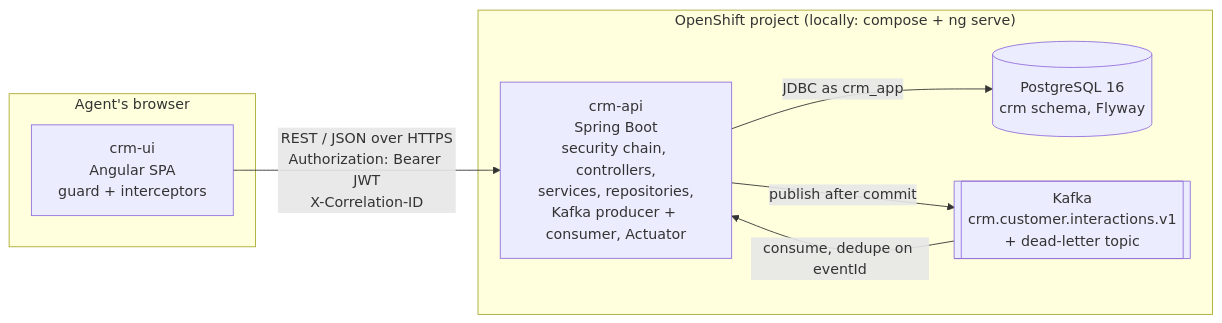
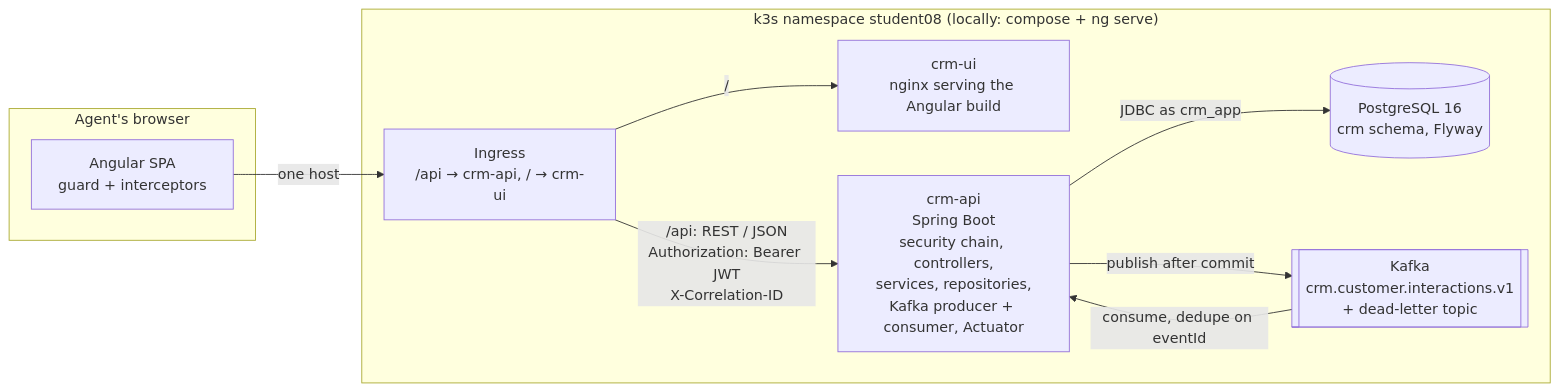
The second of 7 diagrams in docs/architecture.md (BrandonRobare/bean-brigade-customer-management-platform), drawn with Mermaid before and after one commit. The commit also changed other lines of this file and 25 other files, not shown here.

````diff
--- a/docs/architecture.md
+++ b/docs/architecture.md
@@ -63,16 +63,20 @@
 ```mermaid
 flowchart LR
     subgraph browser["Agent's browser"]
-        ui["crm-ui<br/>Angular SPA<br/>guard + interceptors"]
+        ui["Angular SPA<br/>guard + interceptors"]
     end
-    subgraph cluster["OpenShift project (locally: compose + ng serve)"]
+    subgraph cluster["k3s namespace student08 (locally: compose + ng serve)"]
+        ing["Ingress<br/>/api → crm-api, / → crm-ui"]
+        web["crm-ui<br/>nginx serving the Angular build"]
         api["crm-api<br/>Spring Boot<br/>security chain, controllers,<br/>services, repositories,<br/>Kafka producer + consumer, Actuator"]
         db[("PostgreSQL 16<br/>crm schema, Flyway")]
         kafka[["Kafka<br/>crm.customer.interactions.v1<br/>+ dead-letter topic"]]
     end
 
-    ui -->|" REST / JSON over HTTPS<br/>Authorization: Bearer JWT<br/>X-Correlation-ID "| api
+    ui -->|" one host "| ing
+    ing -->|" / "| web
+    ing -->|" /api: REST / JSON<br/>Authorization: Bearer JWT<br/>X-Correlation-ID "| api
     api -->|" JDBC as crm_app "| db
     api -->|" publish after commit "| kafka
     kafka -->|" consume, dedupe on eventId "| api
 ```
````
